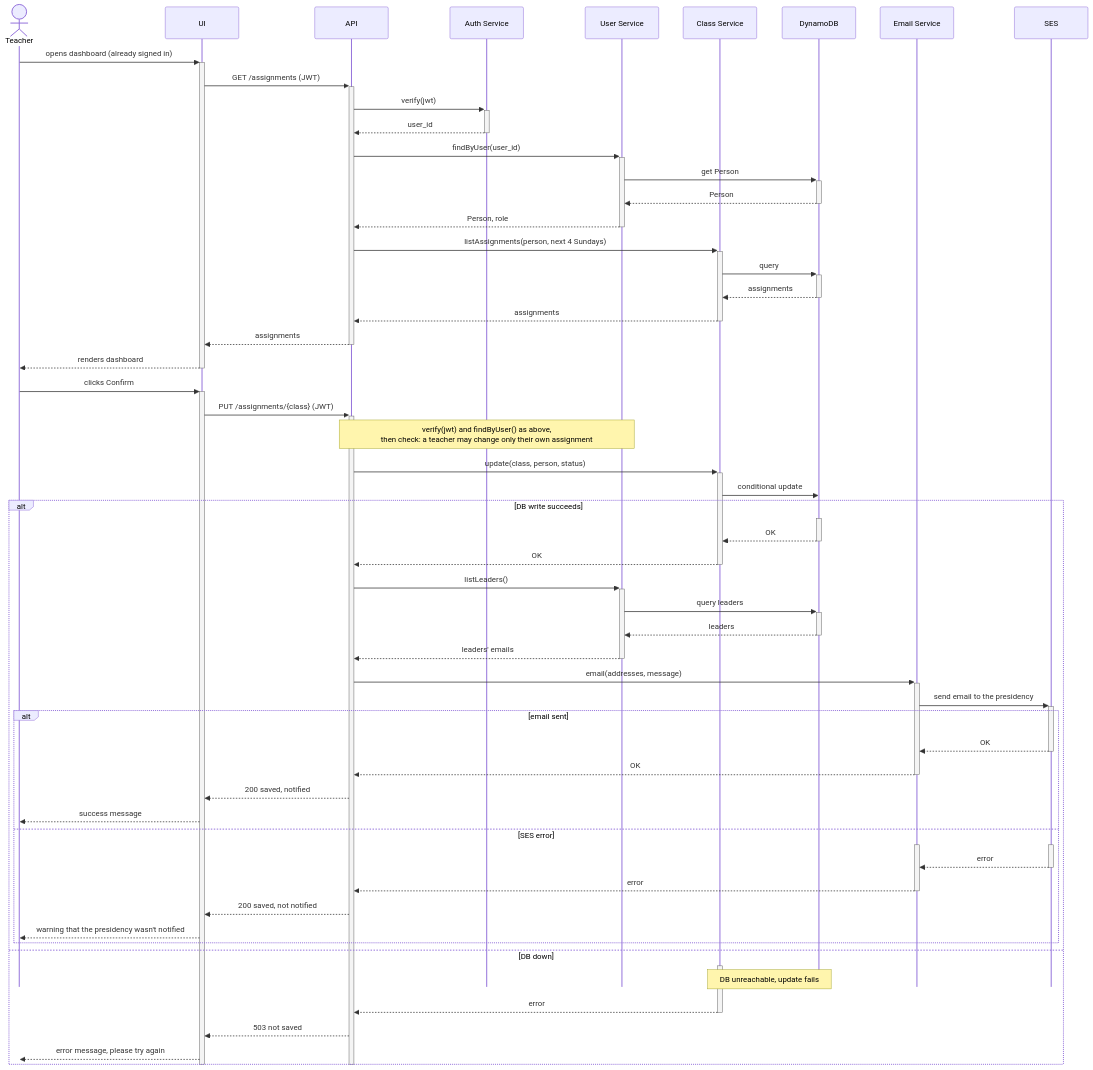
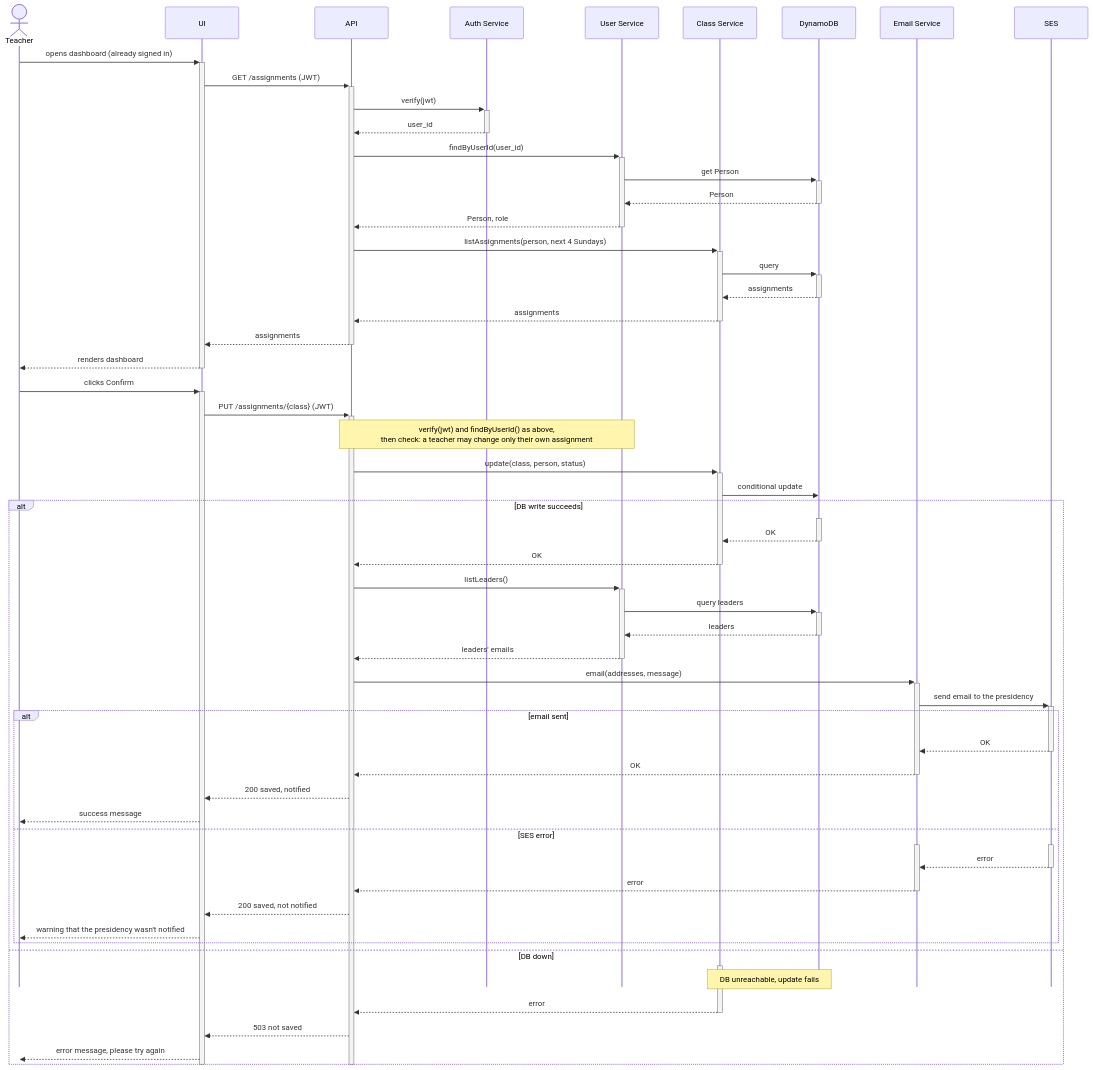
The third of 4 diagrams in docs/design.md (Sunday-School-Software/Sunday-School-Scheduler), drawn with Mermaid before and after one commit. The commit also changed other lines of this file and 4 other files, not shown here.

First line of the commit message:
Rename findByUser() to findByUserId()

````diff
--- a/docs/design.md
+++ b/docs/design.md
@@ -140,70 +141,70 @@
 ```mermaid
 ---
 config:
   sequence:
     mirrorActors: false
   themeCSS: "line[name='T'] { display: none; }"
 ---
 sequenceDiagram
     actor T as Teacher
     participant UI
     participant API
     participant Auth as Auth Service
     participant User as User Service
     participant Class as Class Service
     participant DB as DynamoDB
     participant Email as Email Service
     participant SES
 
     T->>+UI: opens dashboard (already signed in)
     UI->>+API: GET /assignments (JWT)
     API->>+Auth: verify(jwt)
     Auth-->>-API: user_id
-    API->>+User: findByUser(user_id)
+    API->>+User: findByUserId(user_id)
     User->>+DB: get Person
     DB-->>-User: Person
     User-->>-API: Person, role
     API->>+Class: listAssignments(person, next 4 Sundays)
     Class->>+DB: query
     DB-->>-Class: assignments
     Class-->>-API: assignments
     API-->>-UI: assignments
     UI-->>-T: renders dashboard
     T->>+UI: clicks Confirm
     UI->>+API: PUT /assignments/{class} (JWT)
-    Note over API,User: verify(jwt) and findByUser() as above,<br/>then check: a teacher may change only their own assignment
+    Note over API,User: verify(jwt) and findByUserId() as above,<br/>then check: a teacher may change only their own assignment
     API->>+Class: update(class, person, status)
     Class->>DB: conditional update
     alt DB write succeeds
         activate DB
         DB-->>-Class: OK
         Class-->>-API: OK
         API->>+User: listLeaders()
         User->>+DB: query leaders
         DB-->>-User: leaders
         User-->>-API: leaders' emails
         API->>+Email: email(addresses, message)
         Email->>+SES: send email to the presidency
         alt email sent
             SES-->>-Email: OK
             Email-->>-API: OK
             API-->>UI: 200 saved, notified
             UI-->>T: success message
         else SES error
             activate SES
             activate Email
             SES-->>-Email: error
             Email-->>-API: error
             API-->>UI: 200 saved, not notified
             UI-->>T: warning that the presidency wasn't notified
         end
     else DB down
         activate Class
         Note over Class,DB: DB unreachable, update fails
         Class-->>-API: error
         API-->>UI: 503 not saved
         UI-->>T: error message, please try again
     end
     deactivate API
     deactivate UI
 ```
````
